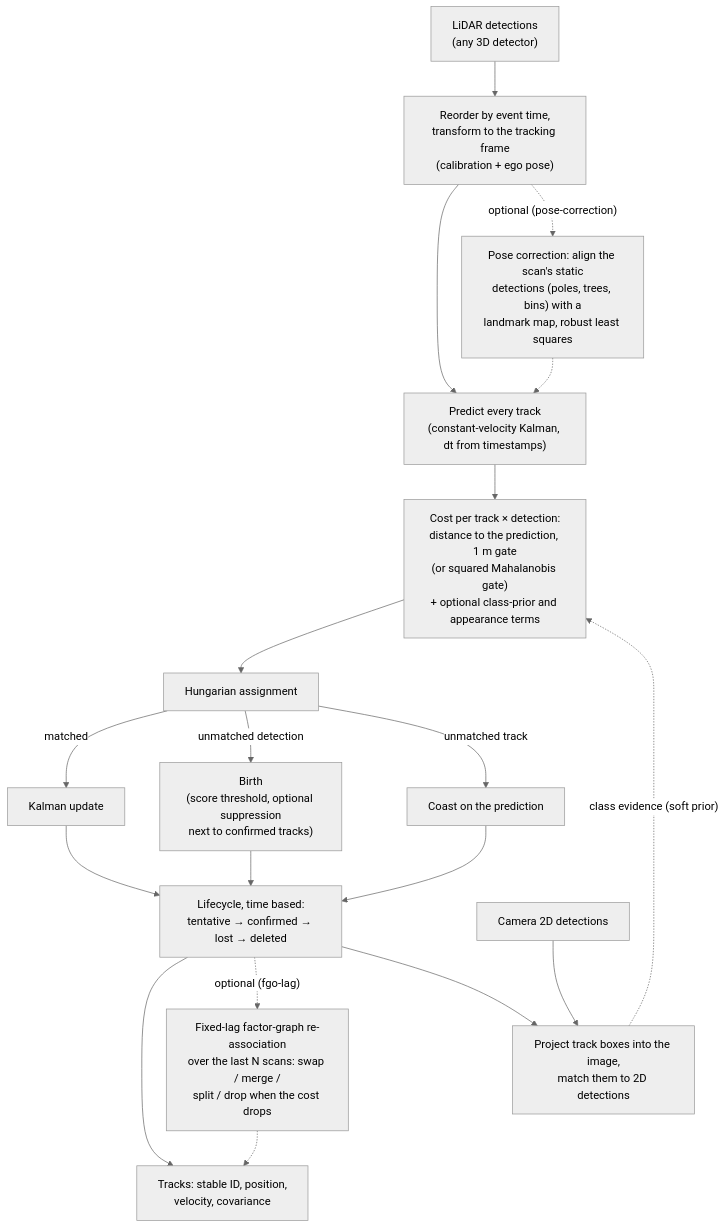
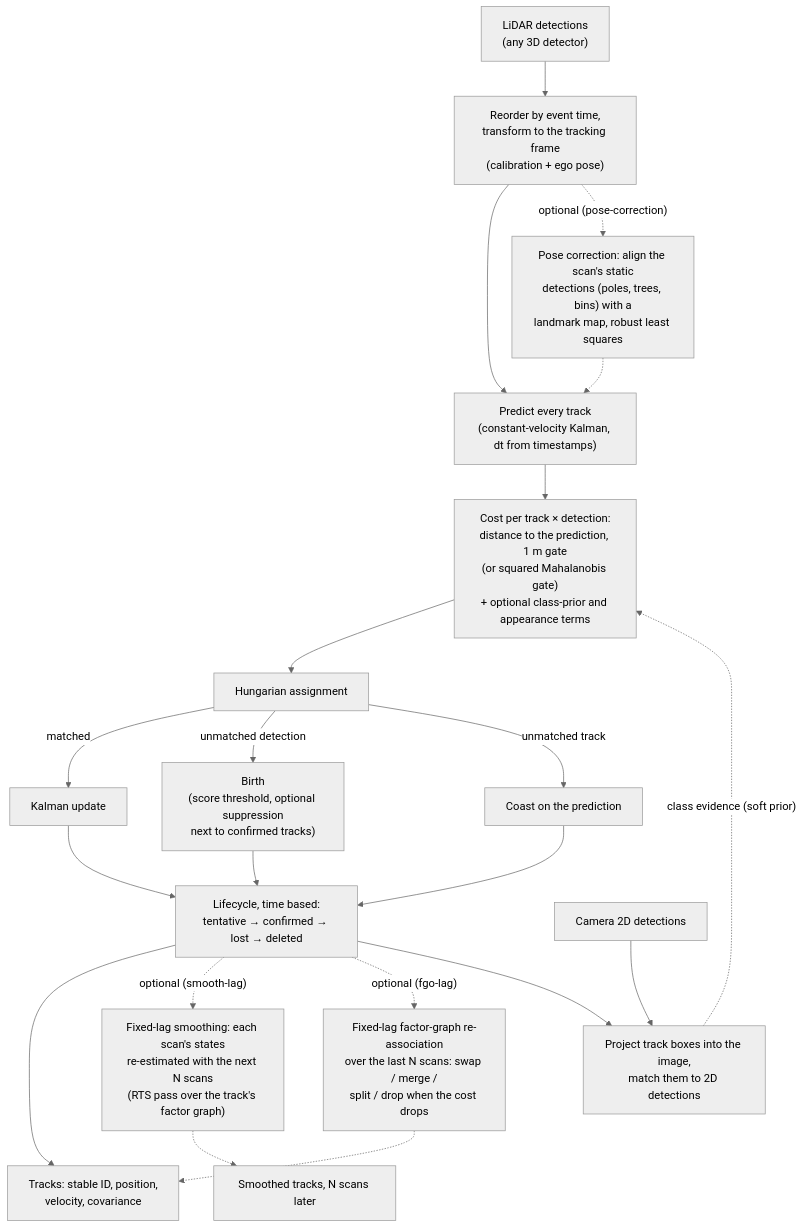
One commit to rsasaki0109/factor-tracker changed the diagram in README.md. Above: the diagram before and after it, drawn with Mermaid (neutral theme). The commit also changed other lines of this file and 19 other files, not shown here.

````diff
--- a/README.md
+++ b/README.md
@@ -57,21 +72,23 @@
 ```mermaid
 flowchart TD
   L["LiDAR detections<br/>(any 3D detector)"] --> N["Reorder by event time,<br/>transform to the tracking frame<br/>(calibration + ego pose)"]
   N --> P["Predict every track<br/>(constant-velocity Kalman, dt from timestamps)"]
   N -.->|"optional (pose-correction)"| PC["Pose correction: align the scan's static<br/>detections (poles, trees, bins) with a<br/>landmark map, robust least squares"]
   PC -.-> P
   P --> C["Cost per track × detection:<br/>distance to the prediction, 1 m gate<br/>(or squared Mahalanobis gate)<br/>+ optional class-prior and appearance terms"]
   C --> H["Hungarian assignment"]
   H -->|matched| U["Kalman update"]
   H -->|unmatched detection| B["Birth<br/>(score threshold, optional suppression<br/>next to confirmed tracks)"]
   H -->|unmatched track| M["Coast on the prediction"]
   U --> LC
   B --> LC
   M --> LC["Lifecycle, time based:<br/>tentative → confirmed → lost → deleted"]
   LC --> O["Tracks: stable ID, position,<br/>velocity, covariance"]
+  LC -.->|"optional (smooth-lag)"| SM["Fixed-lag smoothing: each scan's states<br/>re-estimated with the next N scans<br/>(RTS pass over the track's factor graph)"]
+  SM -.-> O2["Smoothed tracks, N scans later"]
   LC -.->|"optional (fgo-lag)"| F["Fixed-lag factor-graph re-association<br/>over the last N scans: swap / merge /<br/>split / drop when the cost drops"]
   F -.-> O
   CAM["Camera 2D detections"] --> A["Project track boxes into the image,<br/>match them to 2D detections"]
   LC --> A
   A -.->|"class evidence (soft prior)"| C
 ```
````
